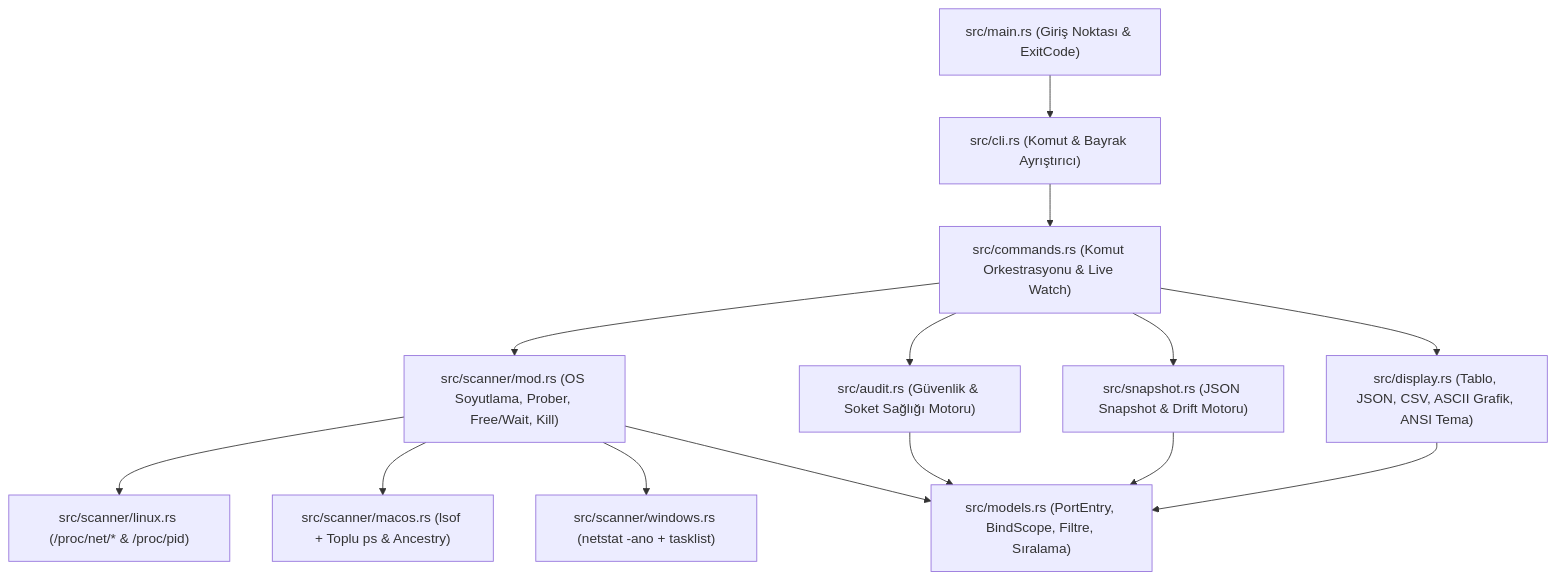
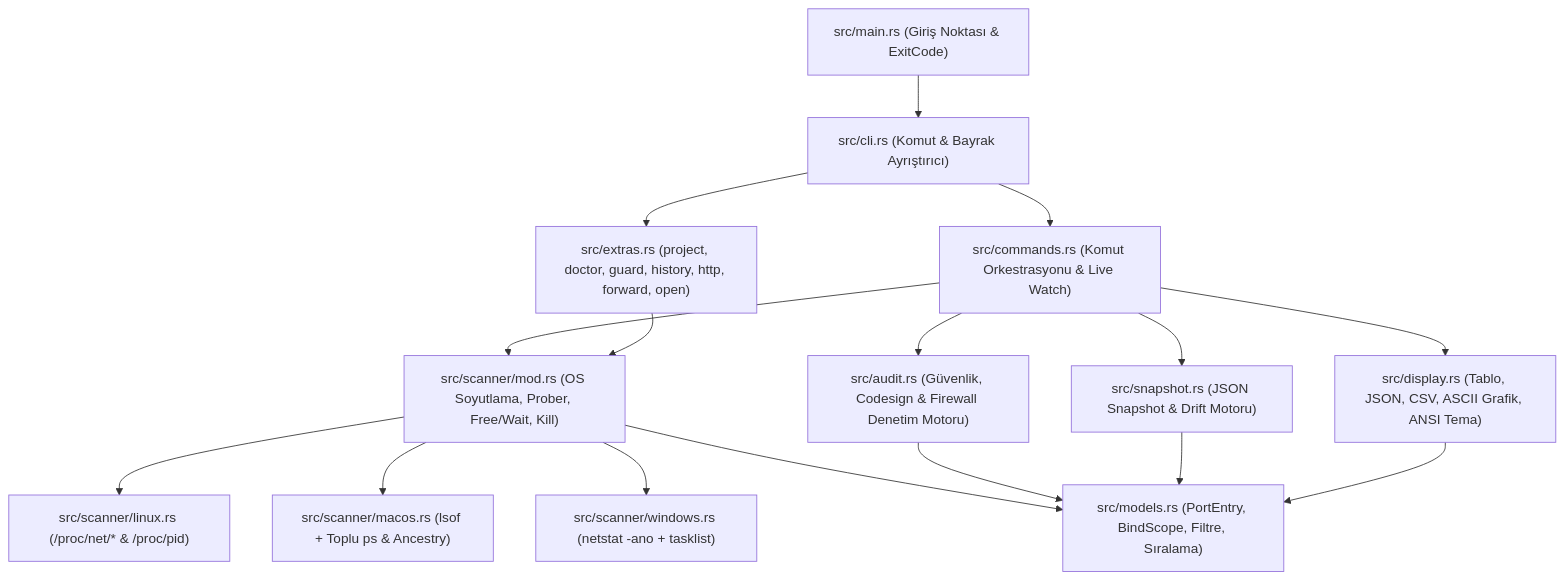
One commit to efekanbahceci/clous changed the diagram in DOCS.md. Above: the diagram before and after it, drawn with Mermaid. The commit also changed other lines of this file and 29 other files, not shown here.

````diff
--- a/DOCS.md
+++ b/DOCS.md
@@ -21,16 +21,18 @@
 ```mermaid
 flowchart TD
     A["src/main.rs (Giriş Noktası & ExitCode)"] --> B["src/cli.rs (Komut & Bayrak Ayrıştırıcı)"]
     B --> C["src/commands.rs (Komut Orkestrasyonu & Live Watch)"]
+    B --> X["src/extras.rs (project, doctor, guard, history, http, forward, open)"]
     C --> D["src/scanner/mod.rs (OS Soyutlama, Prober, Free/Wait, Kill)"]
     D --> D1["src/scanner/linux.rs (/proc/net/* & /proc/pid)"]
     D --> D2["src/scanner/macos.rs (lsof + Toplu ps & Ancestry)"]
     D --> D3["src/scanner/windows.rs (netstat -ano + tasklist)"]
-    C --> E["src/audit.rs (Güvenlik & Soket Sağlığı Motoru)"]
+    C --> E["src/audit.rs (Güvenlik, Codesign & Firewall Denetim Motoru)"]
     C --> F["src/snapshot.rs (JSON Snapshot & Drift Motoru)"]
     C --> G["src/display.rs (Tablo, JSON, CSV, ASCII Grafik, ANSI Tema)"]
     D --> H["src/models.rs (PortEntry, BindScope, Filtre, Sıralama)"]
     E --> H
     F --> H
     G --> H
+    X --> D
 ```
````
